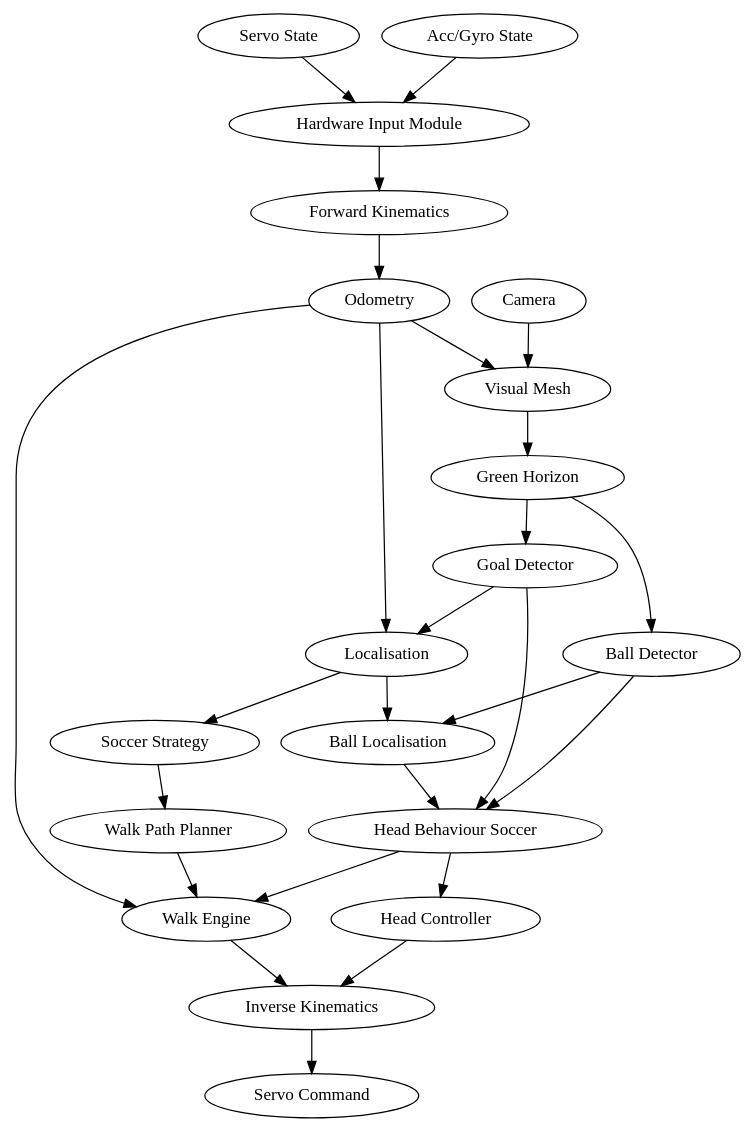
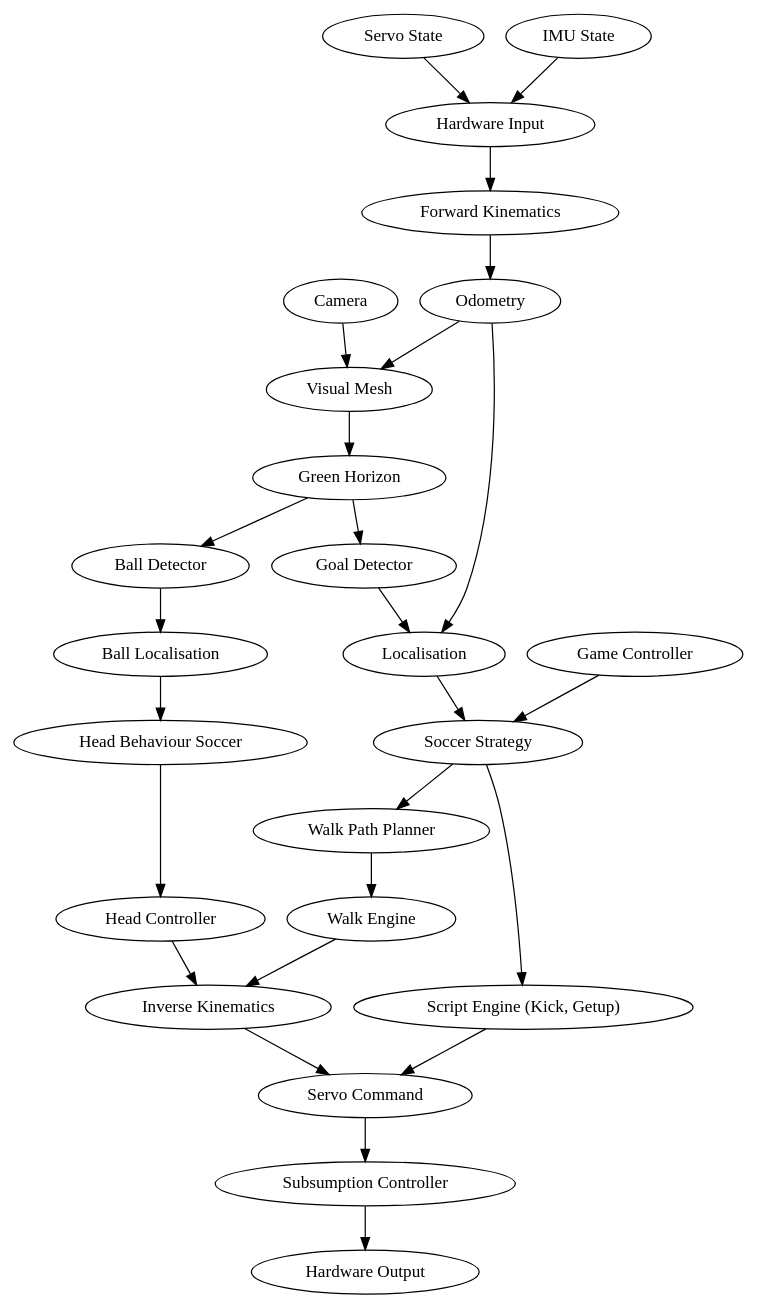
One commit to NUbots/NUbook changed the diagram in src/book/02-system/01-foundations/01-overview.mdx. Above: the diagram before and after it, drawn with Graphviz. The commit also changed other lines of this file, not shown here.

Commit message:
A bit better?

````diff
--- a/src/book/02-system/01-foundations/01-overview.mdx
+++ b/src/book/02-system/01-foundations/01-overview.mdx
@@ -75,11 +77,14 @@
 ```dot
 # A graph of the system
 digraph {
     "Camera" -> "Visual Mesh" -> "Green Horizon" -> {"Ball Detector", "Goal Detector"}
-    {"Servo State", "Acc/Gyro State"} -> "Hardware Input Module" -> "Forward Kinematics" -> "Odometry" -> {"Visual Mesh", "Walk Engine", "Localisation"}
+    {"Servo State", "IMU State"} -> "Hardware Input" -> "Forward Kinematics" -> "Odometry" -> {"Visual Mesh", "Localisation"}
     "Goal Detector" -> "Localisation" -> "Soccer Strategy"
-    "Soccer Strategy" -> "Walk Path Planner" -> "Walk Engine"
-    {"Ball Detector", "Localisation"} -> "Ball Localisation"
-    {"Ball Detector", "Goal Detector", "Ball Localisation"} -> "Head Behaviour Soccer" -> {"Head Controller", "Walk Engine"} -> "Inverse Kinematics" -> "Servo Command"
+    "Soccer Strategy" -> "Walk Path Planner" -> "Walk Engine" -> "Inverse Kinematics"
+    "Soccer Strategy" -> "Script Engine (Kick, Getup)" -> "Servo Command"
+    "Ball Detector" -> "Ball Localisation"
+    "Game Controller" -> "Soccer Strategy"
+    "Ball Localisation" -> "Head Behaviour Soccer" -> "Head Controller" -> "Inverse Kinematics" -> "Servo Command"
+    "Servo Command" -> "Subsumption Controller" -> "Hardware Output"
 }
 ```
````
